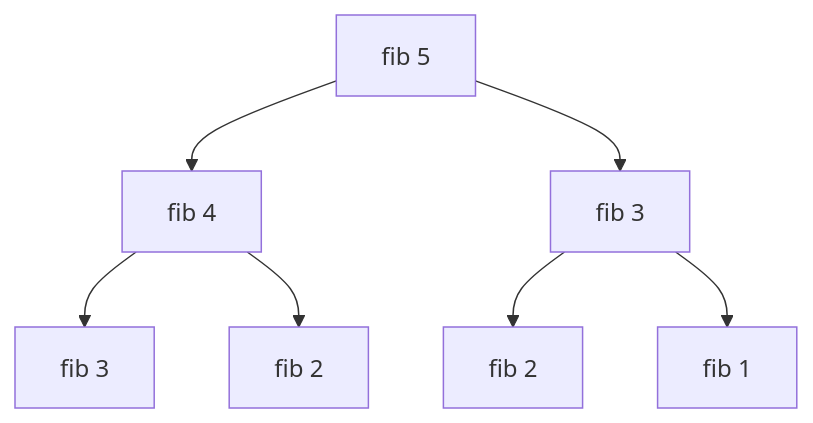
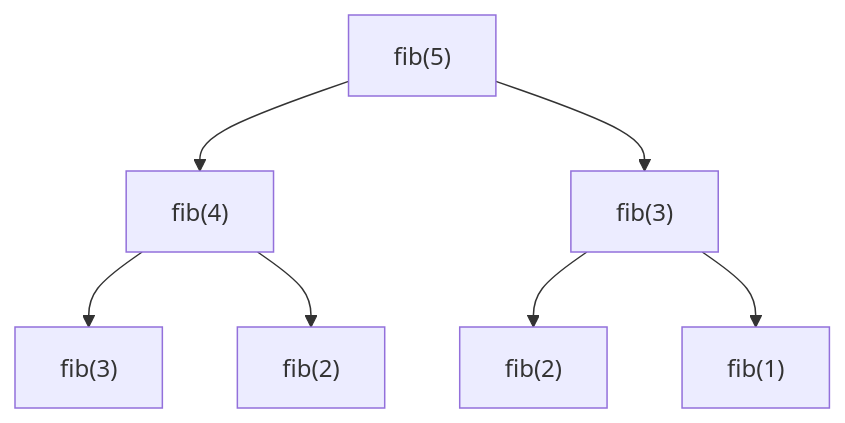
One commit to to-lib/to-lib.github.io changed the second of 2 diagrams in docs/dsa/recursion-divide.md. Above: the diagram before and after it, drawn with Mermaid. The commit also changed other lines of this file and 3 other files, not shown here.

````diff
--- a/docs/dsa/recursion-divide.md
+++ b/docs/dsa/recursion-divide.md
@@ -18,9 +41,9 @@
 ```mermaid
 graph TD
-    Fib5[fib 5] --> Fib4[fib 4]
-    Fib5 --> Fib3_1[fib 3]
-    Fib4 --> Fib3_2[fib 3]
-    Fib4 --> Fib2_1[fib 2]
-    Fib3_1 --> Fib2_2[fib 2]
-    Fib3_1 --> Fib1_1[fib 1]
+    Fib5["fib(5)"] --> Fib4["fib(4)"]
+    Fib5 --> Fib3_1["fib(3)"]
+    Fib4 --> Fib3_2["fib(3)"]
+    Fib4 --> Fib2_1["fib(2)"]
+    Fib3_1 --> Fib2_2["fib(2)"]
+    Fib3_1 --> Fib1_1["fib(1)"]
 ```
````
